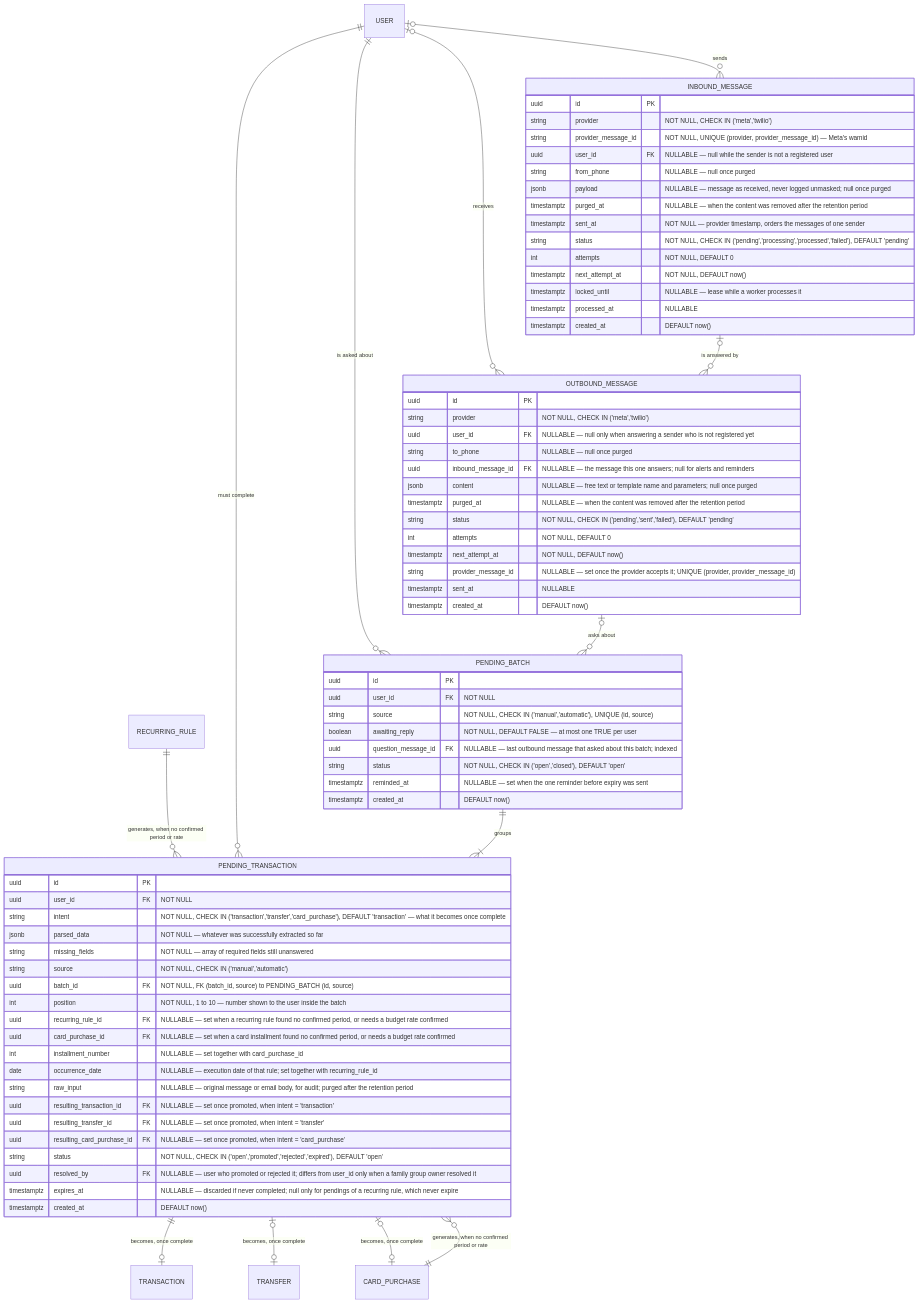
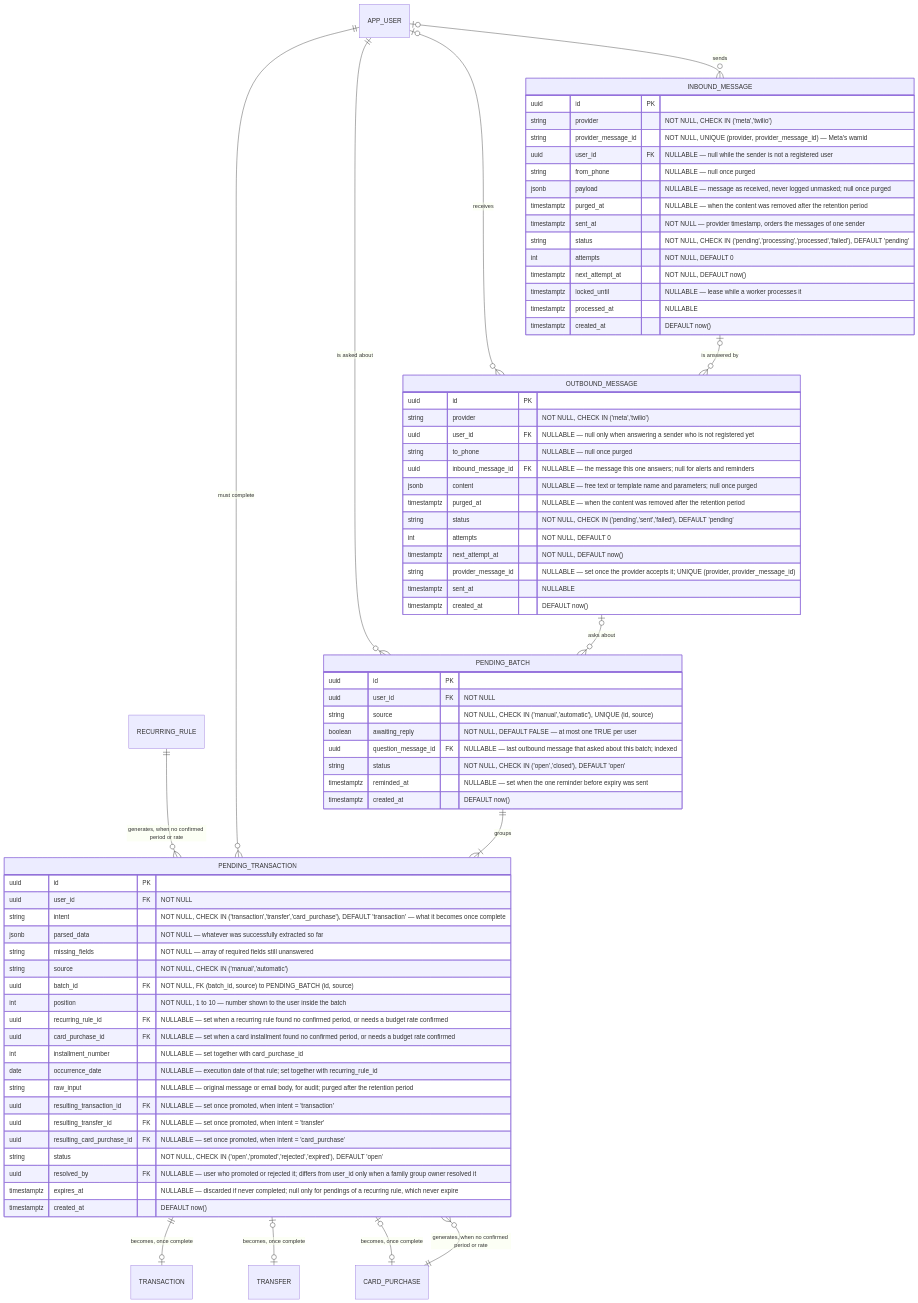
One commit to verozacarias-prog/AI4Devs-finalproject changed the fifth of 5 diagrams in docs/03-modelo-de-datos.md. Above: the diagram before and after it, drawn with Mermaid. The commit also changed other lines of this file and 2 other files, not shown here.

First line of the commit message:
docs: la tabla de usuarios figura como APP_USER en el modelo de datos

````diff
--- a/docs/03-modelo-de-datos.md
+++ b/docs/03-modelo-de-datos.md
@@ -373,82 +373,82 @@
 ```mermaid
 erDiagram
     RECURRING_RULE ||--o{ PENDING_TRANSACTION : "generates, when no confirmed period or rate"
     CARD_PURCHASE ||--o{ PENDING_TRANSACTION : "generates, when no confirmed period or rate"
-    USER ||--o{ PENDING_TRANSACTION : "must complete"
-    USER ||--o{ PENDING_BATCH : "is asked about"
+    APP_USER ||--o{ PENDING_TRANSACTION : "must complete"
+    APP_USER ||--o{ PENDING_BATCH : "is asked about"
     PENDING_BATCH ||--|{ PENDING_TRANSACTION : groups
     OUTBOUND_MESSAGE |o--o{ PENDING_BATCH : "asks about"
     PENDING_TRANSACTION ||--o| TRANSACTION : "becomes, once complete"
     PENDING_TRANSACTION |o--o| TRANSFER : "becomes, once complete"
     PENDING_TRANSACTION |o--o| CARD_PURCHASE : "becomes, once complete"
-    USER |o--o{ INBOUND_MESSAGE : sends
-    USER |o--o{ OUTBOUND_MESSAGE : receives
+    APP_USER |o--o{ INBOUND_MESSAGE : sends
+    APP_USER |o--o{ OUTBOUND_MESSAGE : receives
     INBOUND_MESSAGE |o--o{ OUTBOUND_MESSAGE : "is answered by"
 
     PENDING_TRANSACTION {
         uuid id PK
         uuid user_id FK "NOT NULL"
         string intent "NOT NULL, CHECK IN ('transaction','transfer','card_purchase'), DEFAULT 'transaction' — what it becomes once complete"
         jsonb parsed_data "NOT NULL — whatever was successfully extracted so far"
         string missing_fields "NOT NULL — array of required fields still unanswered"
         string source "NOT NULL, CHECK IN ('manual','automatic')"
         uuid batch_id FK "NOT NULL, FK (batch_id, source) to PENDING_BATCH (id, source)"
         int position "NOT NULL, 1 to 10 — number shown to the user inside the batch"
         uuid recurring_rule_id FK "NULLABLE — set when a recurring rule found no confirmed period, or needs a budget rate confirmed"
         uuid card_purchase_id FK "NULLABLE — set when a card installment found no confirmed period, or needs a budget rate confirmed"
         int installment_number "NULLABLE — set together with card_purchase_id"
         date occurrence_date "NULLABLE — execution date of that rule; set together with recurring_rule_id"
         string raw_input "NULLABLE — original message or email body, for audit; purged after the retention period"
         uuid resulting_transaction_id FK "NULLABLE — set once promoted, when intent = 'transaction'"
         uuid resulting_transfer_id FK "NULLABLE — set once promoted, when intent = 'transfer'"
         uuid resulting_card_purchase_id FK "NULLABLE — set once promoted, when intent = 'card_purchase'"
         string status "NOT NULL, CHECK IN ('open','promoted','rejected','expired'), DEFAULT 'open'"
         uuid resolved_by FK "NULLABLE — user who promoted or rejected it; differs from user_id only when a family group owner resolved it"
         timestamptz expires_at "NULLABLE — discarded if never completed; null only for pendings of a recurring rule, which never expire"
         timestamptz created_at "DEFAULT now()"
     }
 
     PENDING_BATCH {
         uuid id PK
         uuid user_id FK "NOT NULL"
         string source "NOT NULL, CHECK IN ('manual','automatic'), UNIQUE (id, source)"
         boolean awaiting_reply "NOT NULL, DEFAULT FALSE — at most one TRUE per user"
         uuid question_message_id FK "NULLABLE — last outbound message that asked about this batch; indexed"
         string status "NOT NULL, CHECK IN ('open','closed'), DEFAULT 'open'"
         timestamptz reminded_at "NULLABLE — set when the one reminder before expiry was sent"
         timestamptz created_at "DEFAULT now()"
     }
 
     INBOUND_MESSAGE {
         uuid id PK
         string provider "NOT NULL, CHECK IN ('meta','twilio')"
         string provider_message_id "NOT NULL, UNIQUE (provider, provider_message_id) — Meta's wamid"
         uuid user_id FK "NULLABLE — null while the sender is not a registered user"
         string from_phone "NULLABLE — null once purged"
         jsonb payload "NULLABLE — message as received, never logged unmasked; null once purged"
         timestamptz purged_at "NULLABLE — when the content was removed after the retention period"
         timestamptz sent_at "NOT NULL — provider timestamp, orders the messages of one sender"
         string status "NOT NULL, CHECK IN ('pending','processing','processed','failed'), DEFAULT 'pending'"
         int attempts "NOT NULL, DEFAULT 0"
         timestamptz next_attempt_at "NOT NULL, DEFAULT now()"
         timestamptz locked_until "NULLABLE — lease while a worker processes it"
         timestamptz processed_at "NULLABLE"
         timestamptz created_at "DEFAULT now()"
     }
 
     OUTBOUND_MESSAGE {
         uuid id PK
         string provider "NOT NULL, CHECK IN ('meta','twilio')"
         uuid user_id FK "NULLABLE — null only when answering a sender who is not registered yet"
         string to_phone "NULLABLE — null once purged"
         uuid inbound_message_id FK "NULLABLE — the message this one answers; null for alerts and reminders"
         jsonb content "NULLABLE — free text or template name and parameters; null once purged"
         timestamptz purged_at "NULLABLE — when the content was removed after the retention period"
         string status "NOT NULL, CHECK IN ('pending','sent','failed'), DEFAULT 'pending'"
         int attempts "NOT NULL, DEFAULT 0"
         timestamptz next_attempt_at "NOT NULL, DEFAULT now()"
         string provider_message_id "NULLABLE — set once the provider accepts it; UNIQUE (provider, provider_message_id)"
         timestamptz sent_at "NULLABLE"
         timestamptz created_at "DEFAULT now()"
     }
 ```
````
